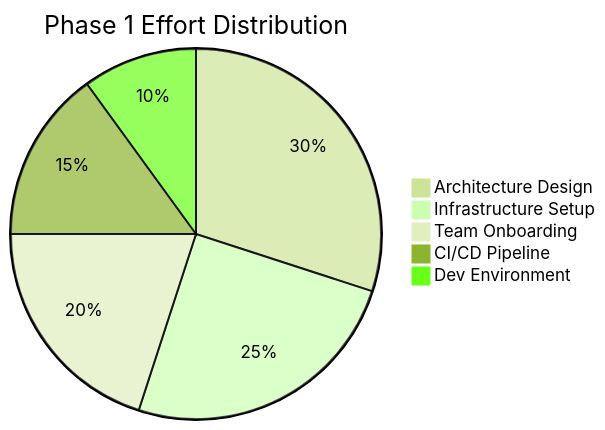
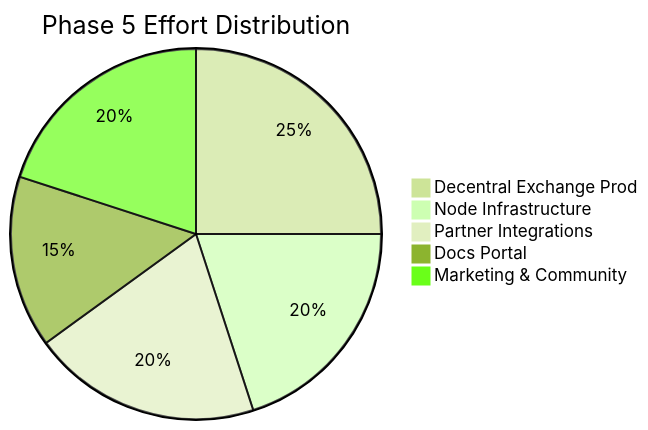
One commit to 33imattei33/roadmap-project changed diagram 11 of 11 in ROADMAP.md. Above: the diagram before and after it, drawn with Mermaid (forest theme). The commit also changed other lines of this file and 6 other files, not shown here.

First line of the commit message:
Replace placeholder roadmap with real DecentralChain ecosystem data

````diff
--- a/ROADMAP.md
+++ b/ROADMAP.md
@@ -182,8 +423,8 @@
 ```mermaid
-pie title Phase 1 Effort Distribution
-    "Architecture Design" : 30
-    "Infrastructure Setup" : 25
-    "Team Onboarding" : 20
-    "CI/CD Pipeline" : 15
-    "Dev Environment" : 10
+pie title Phase 5 Effort Distribution
+    "Decentral Exchange Prod" : 25
+    "Node Infrastructure" : 20
+    "Partner Integrations" : 20
+    "Docs Portal" : 15
+    "Marketing & Community" : 20
 ```
````
